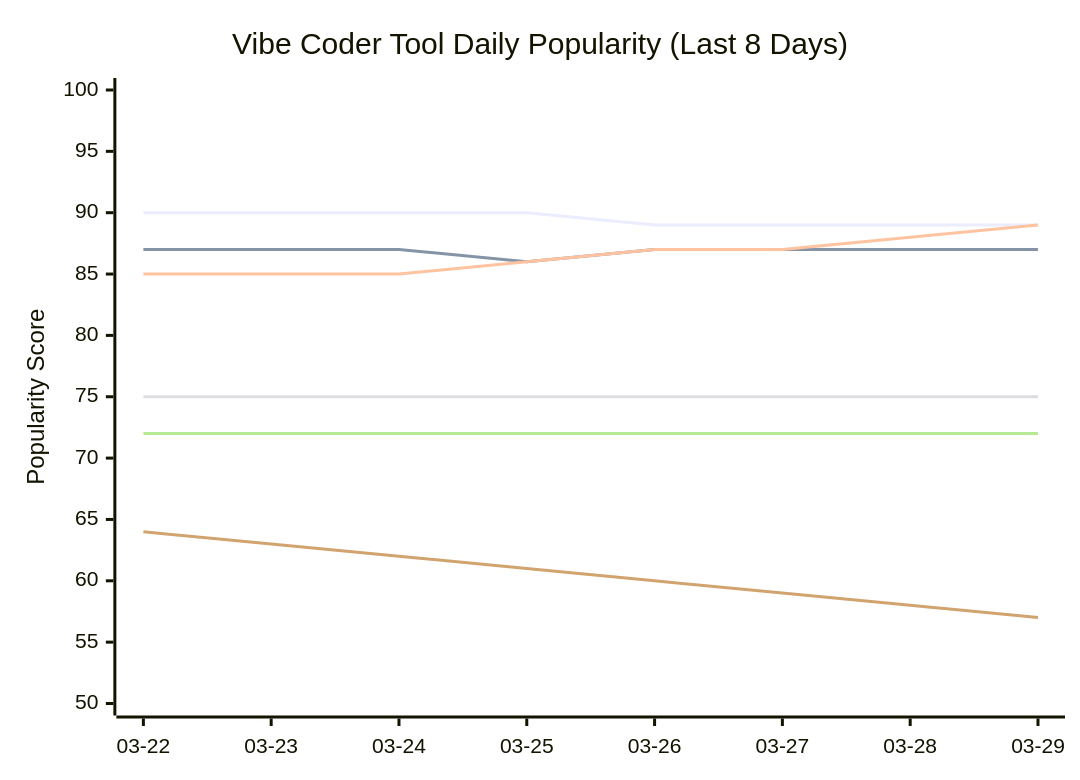
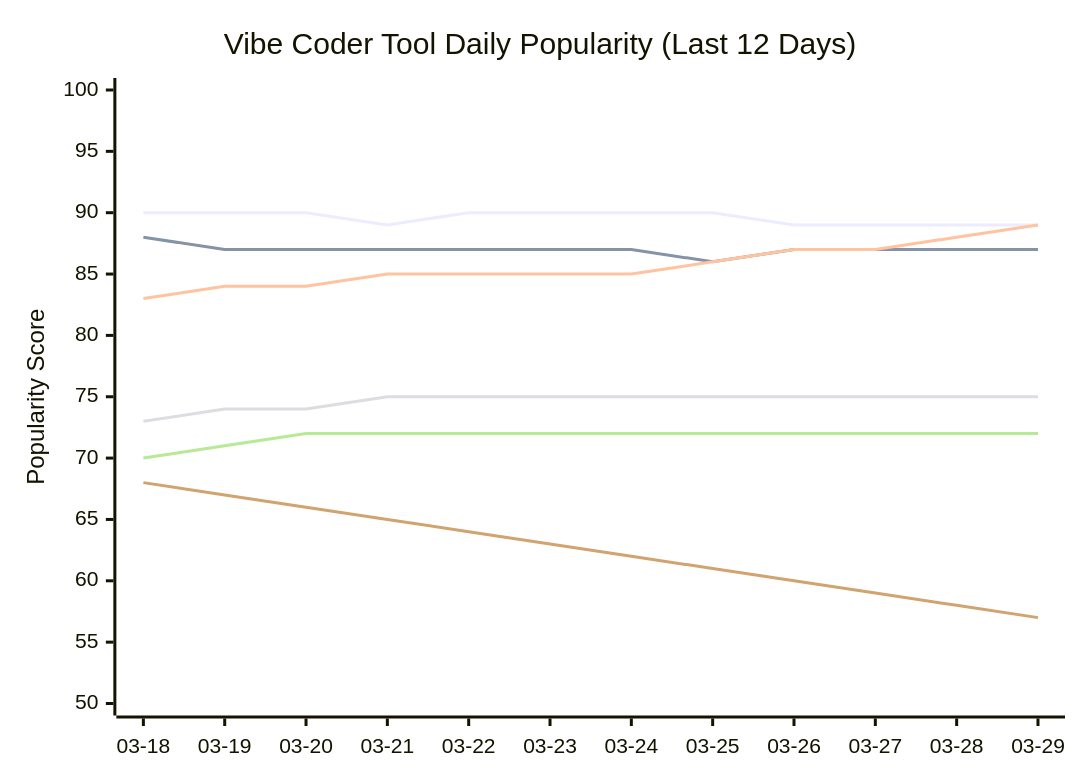
The seventh of 11 diagrams in README.md (Lazere4385/ai-whatchelin), drawn with Mermaid before and after one commit. The commit also changed other lines of this file and 1 other file, not shown here.

Commit message:
auto: daily update (2026-03-29)

````diff
--- a/README.md
+++ b/README.md
@@ -496,12 +496,12 @@
 ```mermaid
 xychart-beta
-    title "Vibe Coder Tool Daily Popularity (Last 8 Days)"
-    x-axis ["03-22", "03-23", "03-24", "03-25", "03-26", "03-27", "03-28", "03-29"]
+    title "Vibe Coder Tool Daily Popularity (Last 12 Days)"
+    x-axis ["03-18", "03-19", "03-20", "03-21", "03-22", "03-23", "03-24", "03-25", "03-26", "03-27", "03-28", "03-29"]
     y-axis "Popularity Score" 50 --> 100
-    line "GH Copilot" [90, 90, 90, 90, 89, 89, 89, 89]
-    line "Cursor" [87, 87, 87, 86, 87, 87, 87, 87]
-    line "Claude Code" [85, 85, 85, 86, 87, 87, 88, 89]
-    line "Windsurf" [75, 75, 75, 75, 75, 75, 75, 75]
-    line "Codex CLI" [72, 72, 72, 72, 72, 72, 72, 72]
-    line "Antigravity" [64, 63, 62, 61, 60, 59, 58, 57]
+    line "GH Copilot" [90, 90, 90, 89, 90, 90, 90, 90, 89, 89, 89, 89]
+    line "Cursor" [88, 87, 87, 87, 87, 87, 87, 86, 87, 87, 87, 87]
+    line "Claude Code" [83, 84, 84, 85, 85, 85, 85, 86, 87, 87, 88, 89]
+    line "Windsurf" [73, 74, 74, 75, 75, 75, 75, 75, 75, 75, 75, 75]
+    line "Codex CLI" [70, 71, 72, 72, 72, 72, 72, 72, 72, 72, 72, 72]
+    line "Antigravity" [68, 67, 66, 65, 64, 63, 62, 61, 60, 59, 58, 57]
 ```
````
